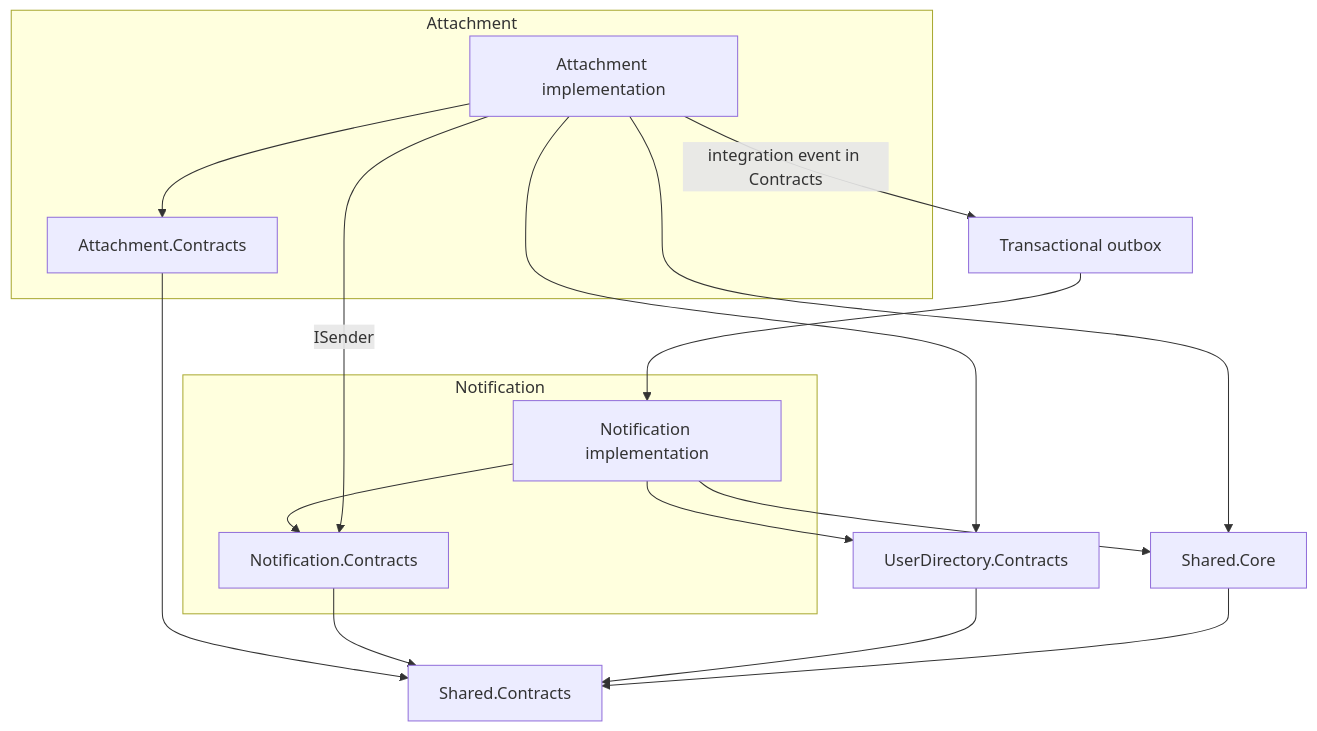
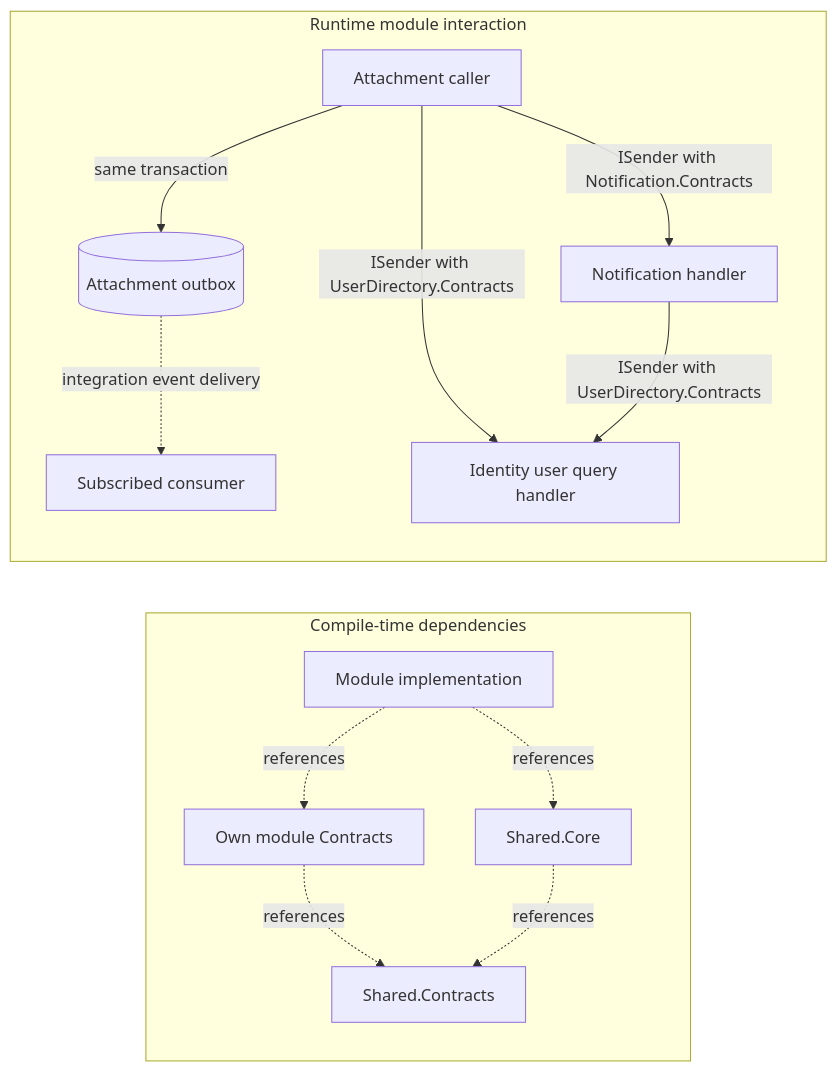
The fourth of 5 diagrams in wiki/Architecture/Overview.md (mhasabalah/StarterKit), drawn with Mermaid before and after one commit. The commit also changed other lines of this file and 152 other files, not shown here.

Commit message:
feat(docs): add Fumadocs V2 and standardize diagrams

````diff
--- a/wiki/Architecture/Overview.md
+++ b/wiki/Architecture/Overview.md
@@ -182,20 +191,24 @@
 ```mermaid
 flowchart TB
-  subgraph Attachment
-    A[Attachment implementation] --> AC[Attachment.Contracts]
+  accTitle: Allowed module dependencies
+  accDescr: Modules reach other modules through public contracts or integration events and obtain users through UserDirectory.Contracts.
+  subgraph Runtime[Runtime module interaction]
+    direction TB
+    A[Attachment caller] -->|ISender with Notification.Contracts| N[Notification handler]
+    A -->|same transaction| E[(Attachment outbox)]
+    E -.->|integration event delivery| C[Subscribed consumer]
+    A -->|ISender with UserDirectory.Contracts| U[Identity user query handler]
+    N -->|ISender with UserDirectory.Contracts| U
   end
-  subgraph Notification
-    N[Notification implementation] --> NC[Notification.Contracts]
+  subgraph References[Compile-time dependencies]
+    direction TB
+    AI[Module implementation] -.->|references| AC[Own module Contracts]
+    AI -.->|references| CORE[Shared.Core]
+    AC -.->|references| SC[Shared.Contracts]
+    CORE -.->|references| SC
   end
-  A -->|ISender| NC
-  A -->|integration event in Contracts| E[Transactional outbox]
-  E --> N
-  A --> U[UserDirectory.Contracts]
-  N --> U
-  A --> CORE[Shared.Core]
-  N --> CORE
-  AC --> SC[Shared.Contracts]
-  NC --> SC
-  U --> SC
-  CORE --> SC
+  Runtime ~~~ References
+  class A,N,U,AI,AC,SC application
+  class E,C event
+  class CORE infrastructure
 ```
````
